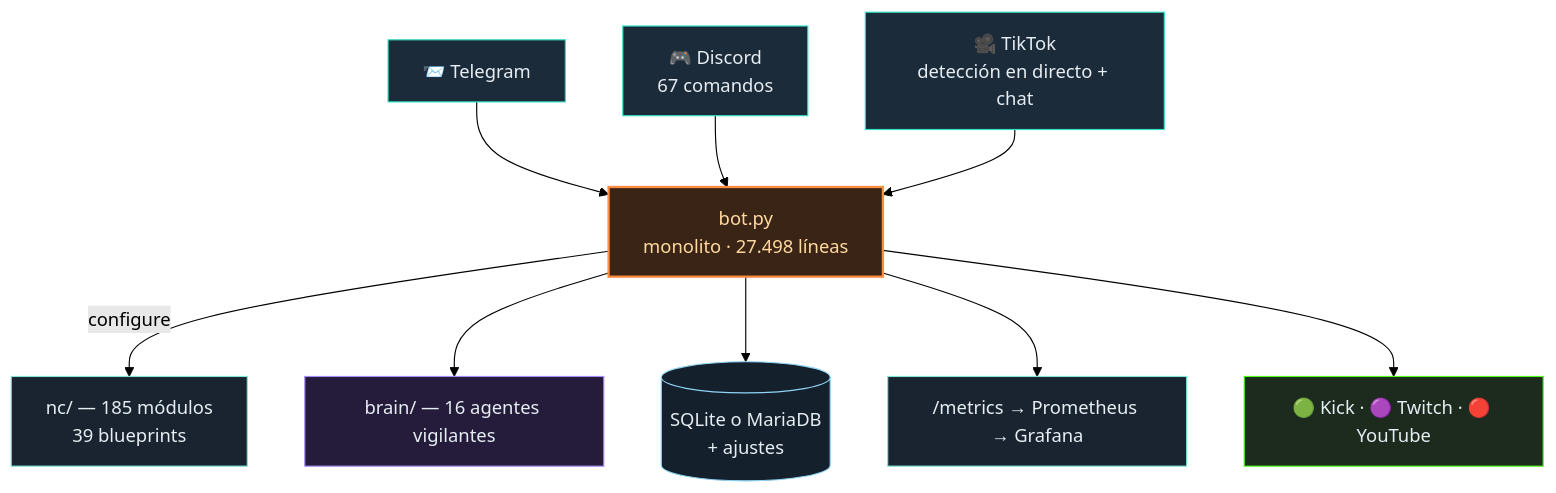
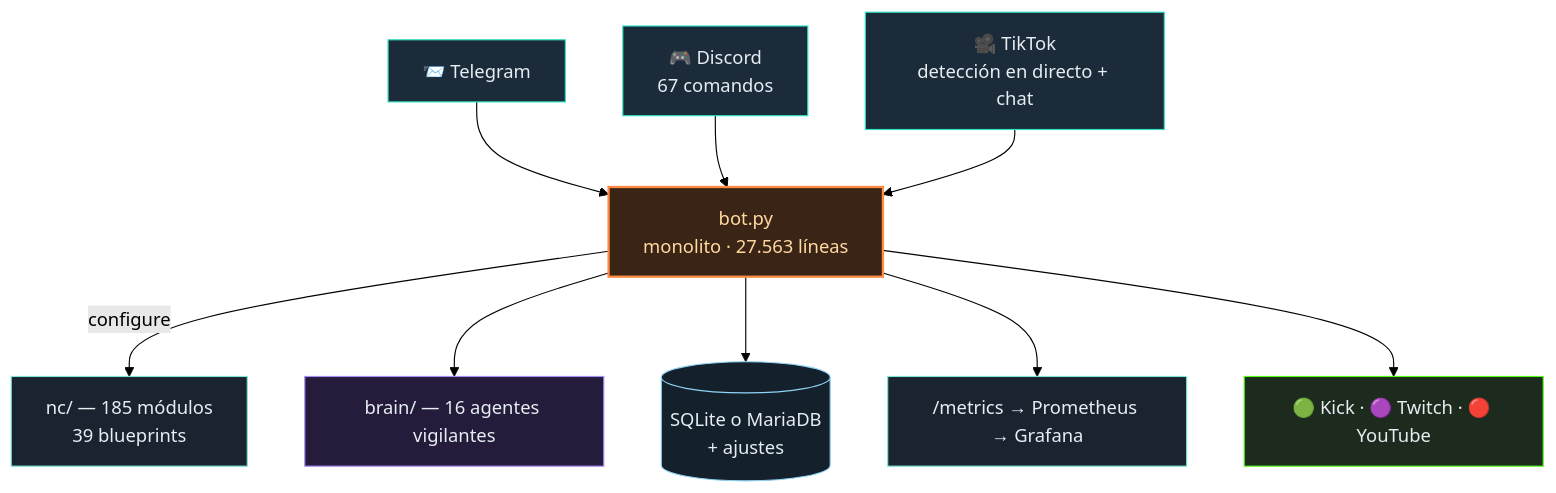
The diagram in README.es.md (itsamemedev/Telegram-Stream-Info-Bot), drawn with Mermaid (forest theme) before and after one commit. The commit also changed other lines of this file and 32 other files, not shown here.

````diff
--- a/README.es.md
+++ b/README.es.md
@@ -64,18 +64,18 @@
 ```mermaid
 flowchart TB
     TG["📨 Telegram"]:::ein --> BOT
     DC["🎮 Discord<br/>67 comandos"]:::ein --> BOT
     TT["🎥 TikTok<br/>detección en directo + chat"]:::ein --> BOT
-    BOT["bot.py<br/>monolito · 27.498 líneas"]:::core
+    BOT["bot.py<br/>monolito · 27.563 líneas"]:::core
     BOT -->|configure| NC["nc/ — 185 módulos<br/>39 blueprints"]:::lib
     BOT --> BRAIN["brain/ — 16 agentes vigilantes"]:::brain
     BOT --> DB[("SQLite o MariaDB<br/>+ ajustes")]:::db
     BOT --> PROM["/metrics → Prometheus → Grafana"]:::lib
     BOT --> OUT["🟢 Kick · 🟣 Twitch · 🔴 YouTube"]:::out
     classDef ein fill:#1c2b3a,stroke:#2de1c2,color:#e6edf3
     classDef core fill:#3a2415,stroke:#ff8c42,stroke-width:2px,color:#ffd9a0
     classDef lib fill:#1a2430,stroke:#7fe7d4,color:#e6edf3
     classDef brain fill:#241c3a,stroke:#a78bfa,color:#e6edf3
     classDef db fill:#14202c,stroke:#8fd3f4,color:#e6edf3
     classDef out fill:#1c2b1e,stroke:#53fc18,color:#e6edf3
 ```
````
